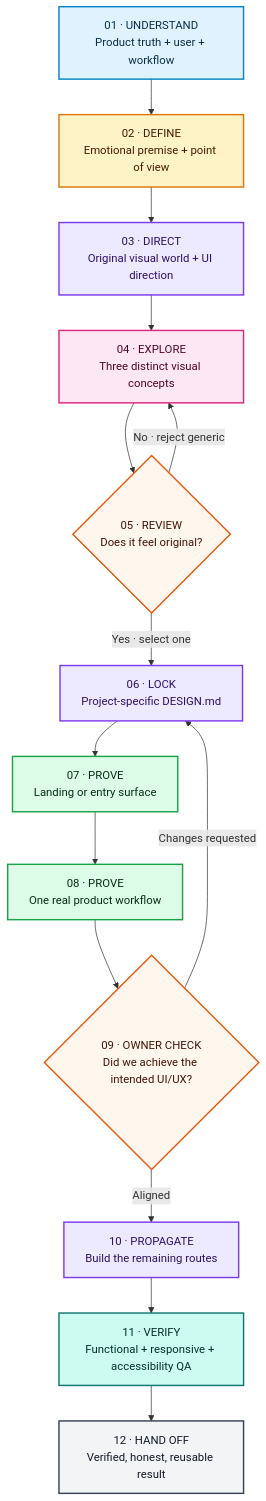
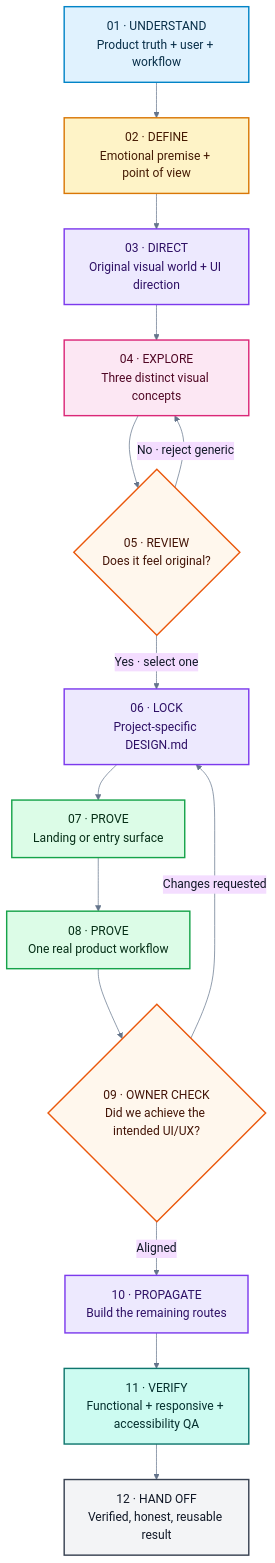
One commit to Sathvik1533/art-direction-first-premium-frontend changed the diagram in README.md. Above: the diagram before and after it, drawn with Mermaid.

Commit message:
Polish Mermaid workflow readability

````diff
--- a/README.md
+++ b/README.md
@@ -30,37 +30,38 @@
 ```mermaid
+%%{init: {"theme": "base", "themeVariables": {"fontFamily": "ui-sans-serif, -apple-system, BlinkMacSystemFont, Segoe UI, sans-serif", "fontSize": "17px", "lineColor": "#64748b", "primaryTextColor": "#111827"}}}%%
 flowchart TD
     A[01 · UNDERSTAND<br/>Product truth + user + workflow] --> B[02 · DEFINE<br/>Emotional premise + point of view]
     B --> C[03 · DIRECT<br/>Original visual world + UI direction]
     C --> D[04 · EXPLORE<br/>Three distinct visual concepts]
     D --> E{05 · REVIEW<br/>Does it feel original?}
     E -->|No · reject generic| D
     E -->|Yes · select one| F[06 · LOCK<br/>Project-specific DESIGN.md]
     F --> G[07 · PROVE<br/>Landing or entry surface]
     G --> H[08 · PROVE<br/>One real product workflow]
     H --> I{09 · OWNER CHECK<br/>Did we achieve the intended UI/UX?}
     I -->|Changes requested| F
     I -->|Aligned| J[10 · PROPAGATE<br/>Build the remaining routes]
     J --> K[11 · VERIFY<br/>Functional + responsive + accessibility QA]
     K --> L[12 · HAND OFF<br/>Verified, honest, reusable result]
 
     classDef understand fill:#e0f2fe,stroke:#0284c7,color:#082f49,stroke-width:2px
     classDef define fill:#fef3c7,stroke:#d97706,color:#451a03,stroke-width:2px
     classDef direct fill:#ede9fe,stroke:#7c3aed,color:#2e1065,stroke-width:2px
     classDef explore fill:#fce7f3,stroke:#db2777,color:#500724,stroke-width:2px
     classDef review fill:#fff7ed,stroke:#ea580c,color:#431407,stroke-width:2px
     classDef prove fill:#dcfce7,stroke:#16a34a,color:#052e16,stroke-width:2px
     classDef verify fill:#ccfbf1,stroke:#0f766e,color:#042f2e,stroke-width:2px
     classDef handoff fill:#f3f4f6,stroke:#374151,color:#111827,stroke-width:2px
 
     class A understand
     class B define
     class C direct
     class D explore
     class E review
     class F direct
     class G,H prove
     class I review
     class J direct
     class K verify
     class L handoff
 ```
````
